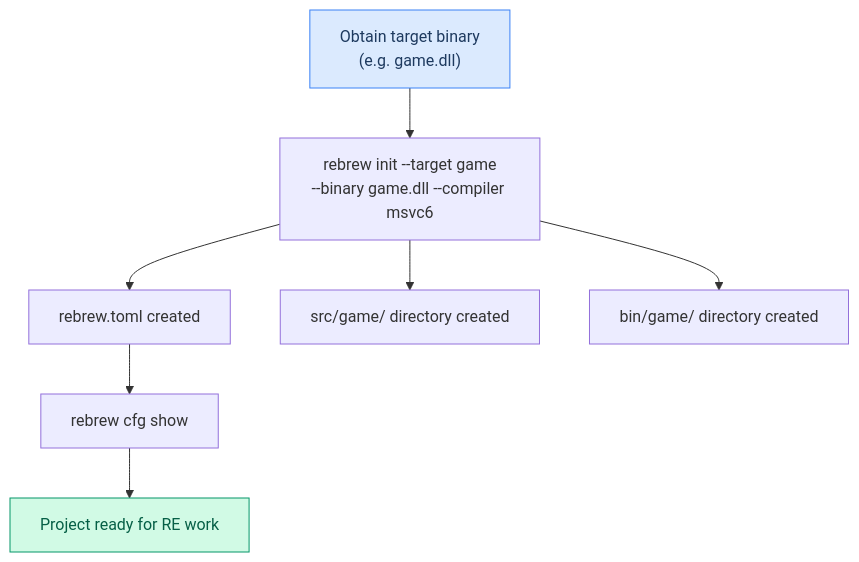
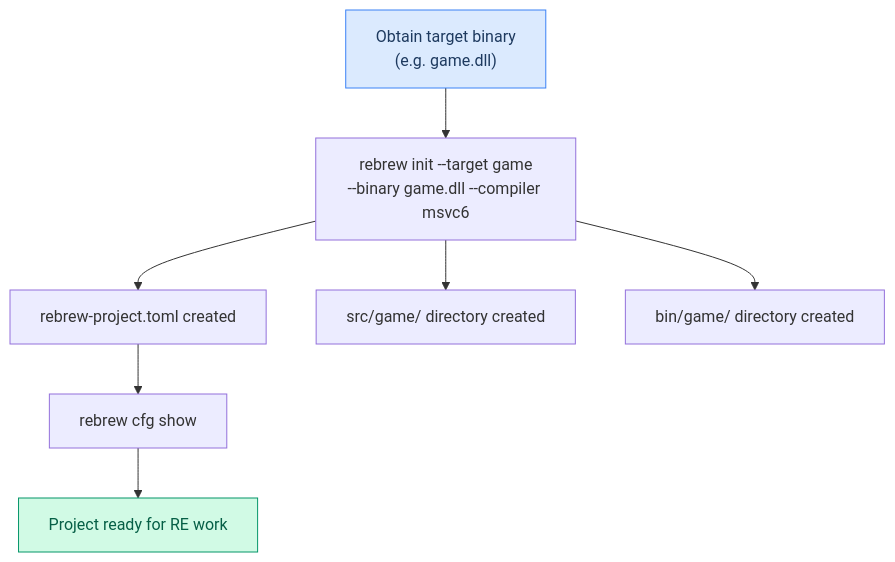
One commit to maci0/rebrew changed the first of 16 diagrams in docs/USER_STORIES.md. Above: the diagram before and after it, drawn with Mermaid. The commit also changed other lines of this file and 99 other files, not shown here.

````diff
--- a/docs/USER_STORIES.md
+++ b/docs/USER_STORIES.md
@@ -33,12 +33,12 @@
 ```mermaid
 graph TD
     A["Obtain target binary<br/>(e.g. game.dll)"] --> B["rebrew init --target game<br/>--binary game.dll --compiler msvc6"]
-    B --> C["rebrew.toml created"]
+    B --> C["rebrew-project.toml created"]
     B --> D["src/game/ directory created"]
     B --> E["bin/game/ directory created"]
     C --> F["rebrew cfg show"]
     F --> G["Project ready for RE work"]
 
     style A fill:#dbeafe,stroke:#3b82f6,color:#1e3a5f
     style G fill:#d1fae5,stroke:#059669,color:#065f46
 ```
````
